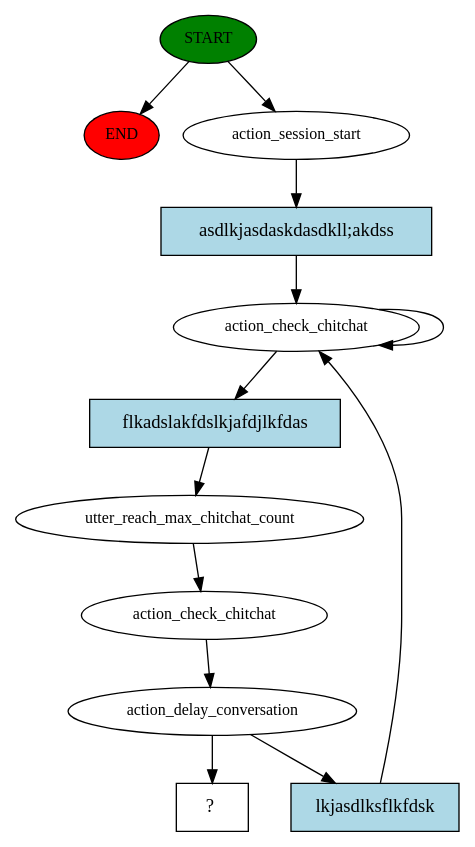
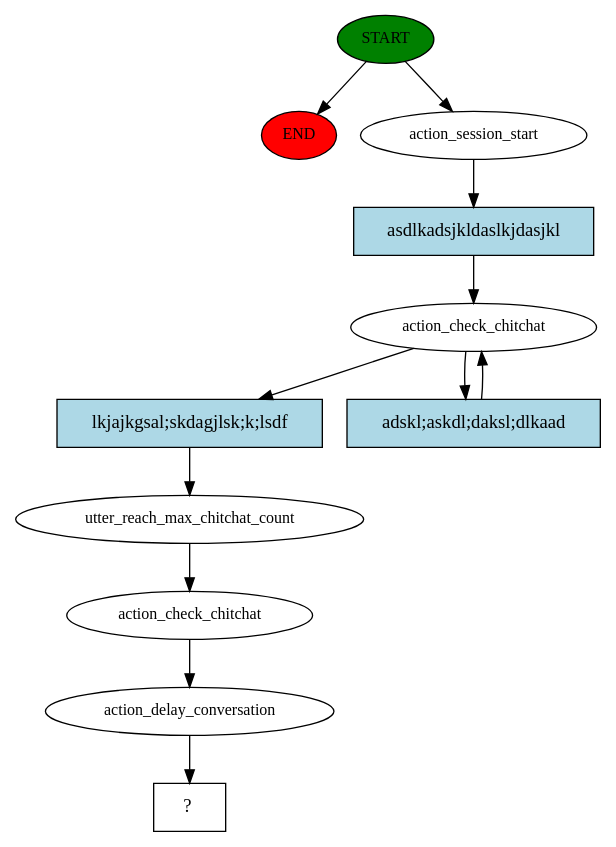
One commit to skawy/Arabic-Conversational-Assistant changed the diagram in story_graph.dot. Above: the diagram before and after it, drawn with Graphviz. The commit also changed 4 other files, not shown here.

```diff
--- a/story_graph.dot
+++ b/story_graph.dot
@@ -1,25 +1,24 @@
 digraph  {
 0 [class="start active", fillcolor=green, fontsize=12, label=START, style=filled];
 "-1" [class=end, fillcolor=red, fontsize=12, label=END, style=filled];
 1 [class=active, fontsize=12, label=action_session_start];
 2 [class=active, fontsize=12, label=action_check_chitchat];
-5 [class=active, fontsize=12, label=utter_reach_max_chitchat_count];
-6 [class=active, fontsize=12, label=action_check_chitchat];
-7 [class=active, fontsize=12, label=action_delay_conversation];
-13 [class="intent dashed active", label="  ?  ", shape=rect];
-14 [class="intent active", fillcolor=lightblue, label="asdlkjasdaskdasdkll;akdss", shape=rect, style=filled];
-15 [class="intent active", fillcolor=lightblue, label=flkadslakfdslkjafdjlkfdas, shape=rect, style=filled];
-16 [class="intent active", fillcolor=lightblue, label=lkjasdlksflkfdsk, shape=rect, style=filled];
+4 [class=active, fontsize=12, label=utter_reach_max_chitchat_count];
+5 [class=active, fontsize=12, label=action_check_chitchat];
+6 [class=active, fontsize=12, label=action_delay_conversation];
+7 [class="intent dashed active", label="  ?  ", shape=rect];
+8 [class="intent active", fillcolor=lightblue, label=asdlkadsjkldaslkjdasjkl, shape=rect, style=filled];
+9 [class="intent active", fillcolor=lightblue, label="lkjajkgsal;skdagjlsk;k;lsdf", shape=rect, style=filled];
+10 [class="intent active", fillcolor=lightblue, label="adskl;askdl;daksl;dlkaad", shape=rect, style=filled];
 0 -> "-1"  [class="", key=NONE, label=""];
 0 -> 1  [class=active, key=NONE, label=""];
-1 -> 14  [class=active, key=0];
-2 -> 2  [class=active, key=NONE, label=""];
-2 -> 15  [class=active, key=0];
+1 -> 8  [class=active, key=0];
+2 -> 9  [class=active, key=0];
+2 -> 10  [class=active, key=0];
+4 -> 5  [class=active, key=NONE, label=""];
 5 -> 6  [class=active, key=NONE, label=""];
 6 -> 7  [class=active, key=NONE, label=""];
-7 -> 13  [class=active, key=NONE, label=""];
-7 -> 16  [class=active, key=0];
-14 -> 2  [class=active, key=0];
-15 -> 5  [class=active, key=0];
-16 -> 2  [class=active, key=0];
+8 -> 2  [class=active, key=0];
+9 -> 4  [class=active, key=0];
+10 -> 2  [class=active, key=0];
 }
```
